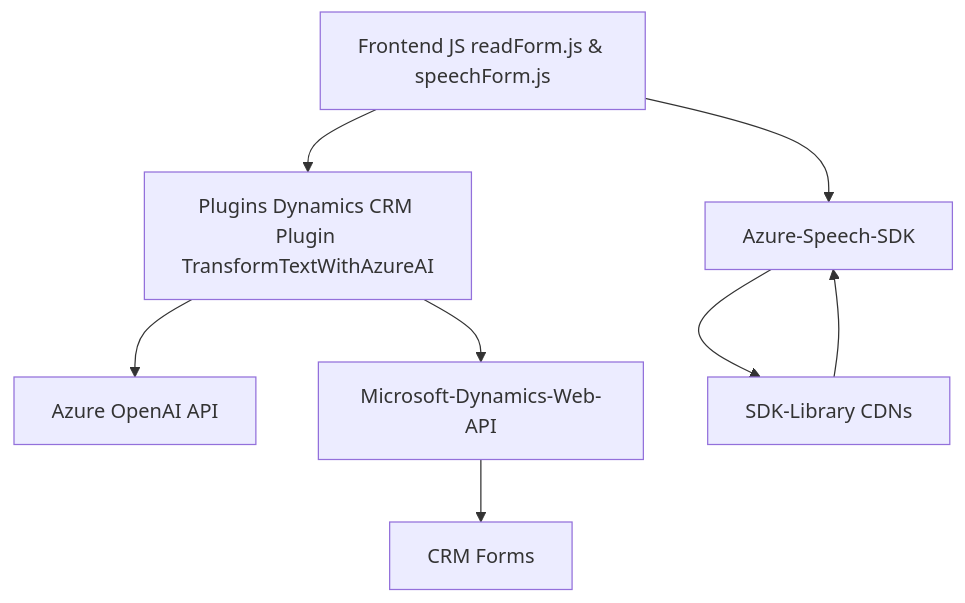
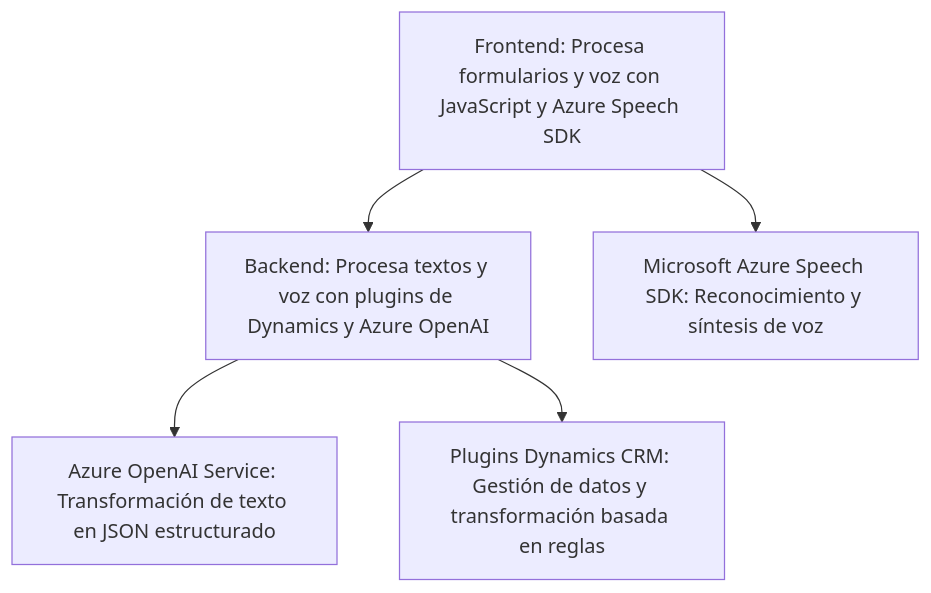
One commit to blopezdm/NETCORE_BILBAO2025 changed the diagram in README.md. Above: the diagram before and after it, drawn with Mermaid. The commit also changed other lines of this file, not shown here.

Commit message:
Actualizar análisis global de la solución con IA

````diff
--- a/README.md
+++ b/README.md
@@ -52,10 +41,13 @@
 ```mermaid
 graph TD
-A[Frontend JS readForm.js & speechForm.js] --> B["Plugins Dynamics CRM Plugin TransformTextWithAzureAI"]
-A --> C[Azure-Speech-SDK]
-B --> D["Azure OpenAI API"]
-B --> E[Microsoft-Dynamics-Web-API]
-C --> F[SDK-Library CDNs]
-F --> C
-E --> G["CRM Forms"]
+    A["Frontend: Procesa formularios y voz con JavaScript y Azure Speech SDK"]
+    B["Backend: Procesa textos y voz con plugins de Dynamics y Azure OpenAI"]
+    C["Microsoft Azure Speech SDK: Reconocimiento y síntesis de voz"]
+    D["Azure OpenAI Service: Transformación de texto en JSON estructurado"]
+    E["Plugins Dynamics CRM: Gestión de datos y transformación basada en reglas"]
+
+    A --> C
+    A --> B
+    B --> D
+    B --> E
 ```
````
